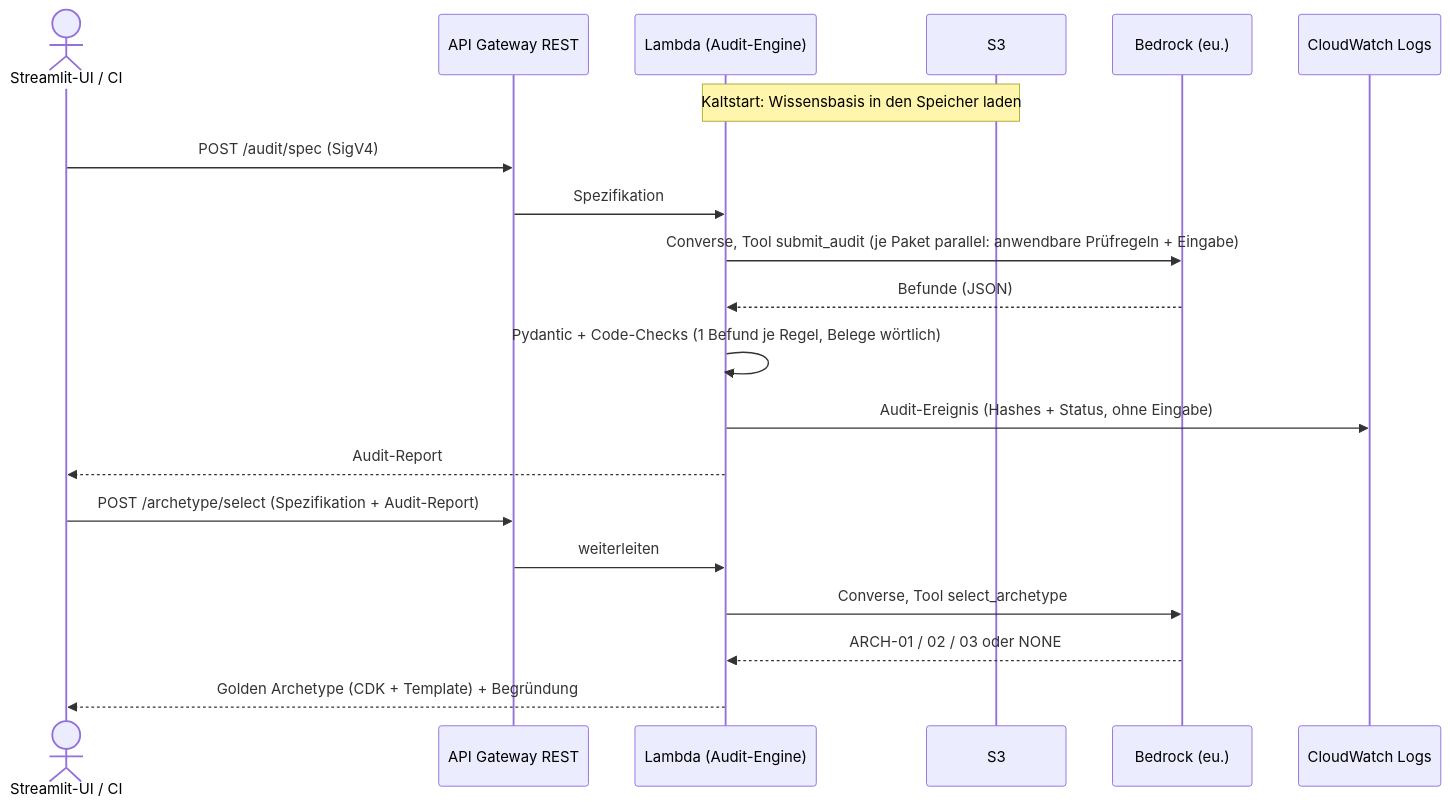
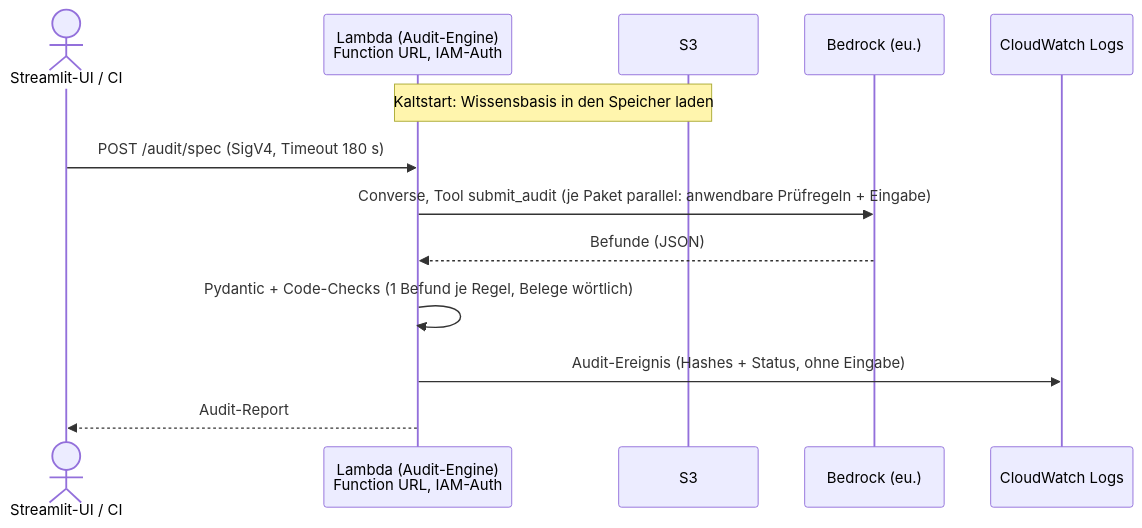
The second of 4 diagrams in docs/ARCHITECTURE.md (Daniel74/GovGuard), drawn with Mermaid before and after one commit. The commit also changed other lines of this file and 8 other files, not shown here.

Commit message:
#26 Belege bei großen Eingaben - Decision for Lambda Function URL

````diff
--- a/docs/ARCHITECTURE.md
+++ b/docs/ARCHITECTURE.md
@@ -158,22 +138,15 @@
 ```mermaid
 sequenceDiagram
   actor U as Streamlit-UI / CI
-  participant API as API Gateway REST
-  participant L as Lambda (Audit-Engine)
+  participant L as Lambda (Audit-Engine)<br/>Function URL, IAM-Auth
   participant S3 as S3
   participant B as Bedrock (eu.)
   participant CW as CloudWatch Logs
   Note over L,S3: Kaltstart: Wissensbasis in den Speicher laden
-  U->>API: POST /audit/spec (SigV4)
-  API->>L: Spezifikation
+  U->>L: POST /audit/spec (SigV4, Timeout 180 s)
   L->>B: Converse, Tool submit_audit (je Paket parallel: anwendbare Prüfregeln + Eingabe)
   B-->>L: Befunde (JSON)
   L->>L: Pydantic + Code-Checks (1 Befund je Regel, Belege wörtlich)
   L->>CW: Audit-Ereignis (Hashes + Status, ohne Eingabe)
   L-->>U: Audit-Report
-  U->>API: POST /archetype/select (Spezifikation + Audit-Report)
-  API->>L: weiterleiten
-  L->>B: Converse, Tool select_archetype
-  B-->>L: ARCH-01 / 02 / 03 oder NONE
-  L-->>U: Golden Archetype (CDK + Template) + Begründung
 ```
````
